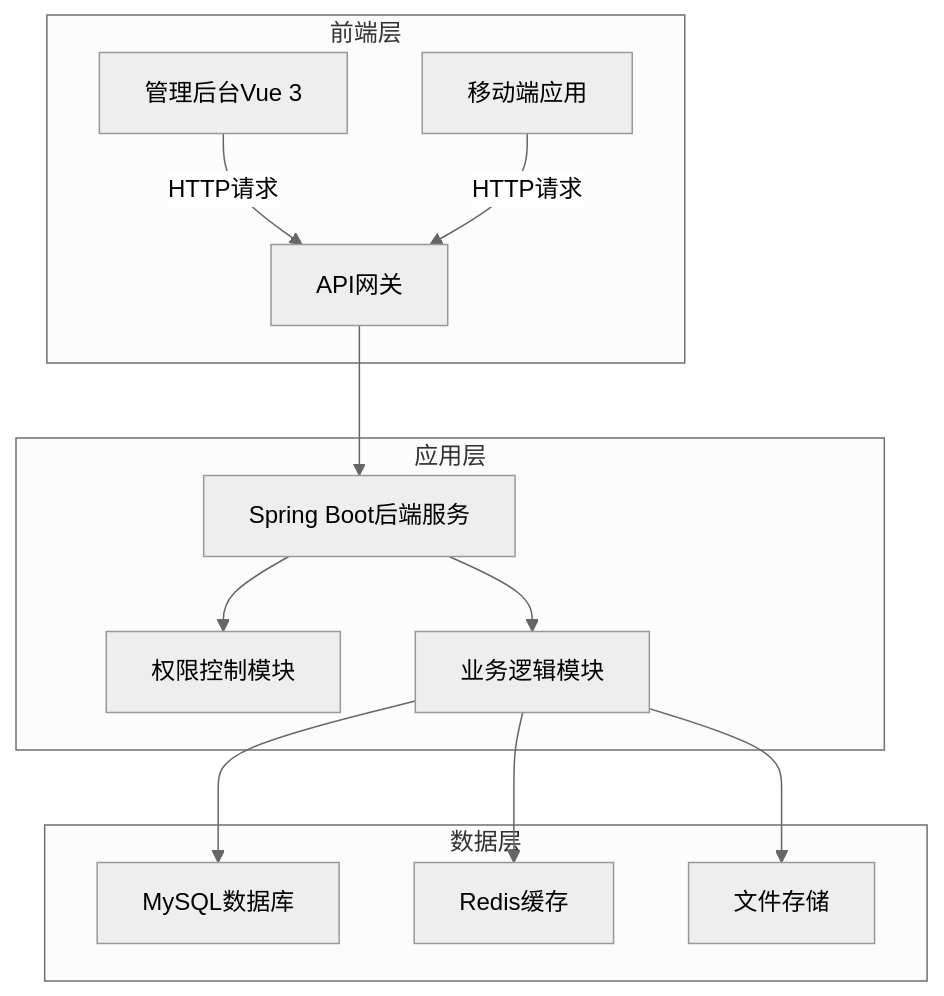
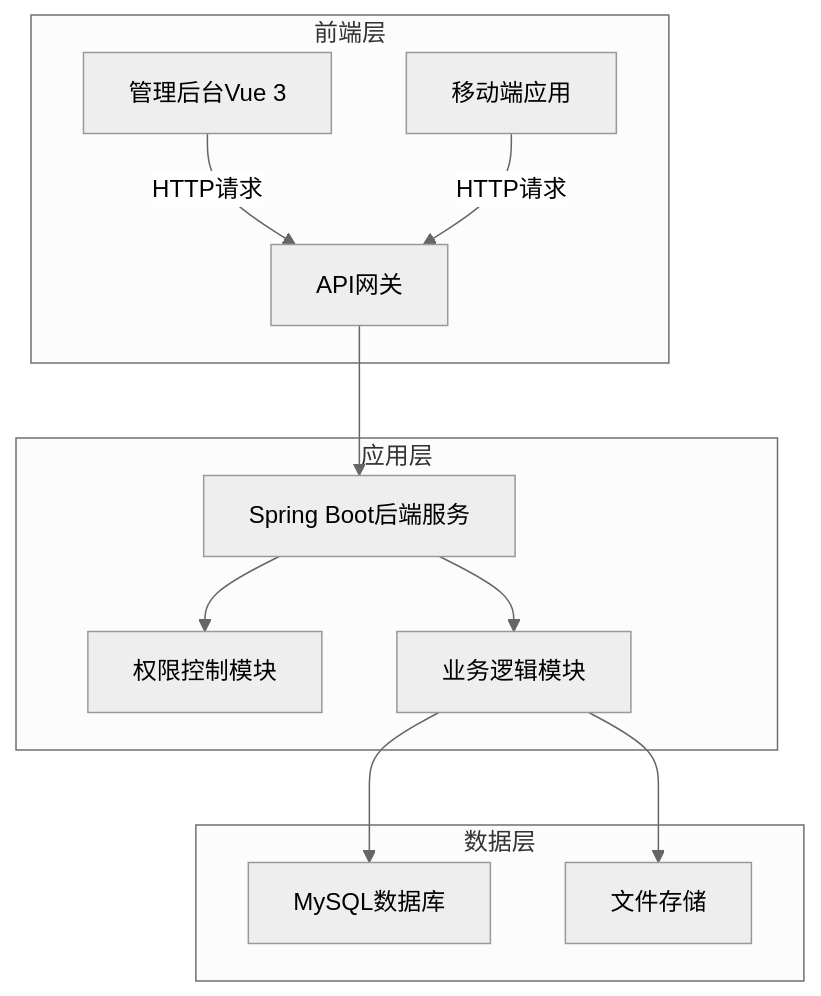
Before and after one commit to AnnZy1/Takeout-Management-System: the diagram in README.md, drawn with Mermaid (neutral theme). The commit also changed other lines of this file, not shown here.

````diff
--- a/README.md
+++ b/README.md
@@ -9,19 +9,18 @@
 ```mermaid
 flowchart TB
     subgraph 前端层
         A[管理后台Vue 3] -->|HTTP请求| B[API网关]
         C[移动端应用] -->|HTTP请求| B
     end
     
     subgraph 应用层
         B --> D[Spring Boot后端服务]
         D --> E[权限控制模块]
         D --> F[业务逻辑模块]
     end
     
     subgraph 数据层
         F --> G[MySQL数据库]
-        F --> H[Redis缓存]
-        F --> I[文件存储]
+        F --> H[文件存储]
     end
 ```
````
